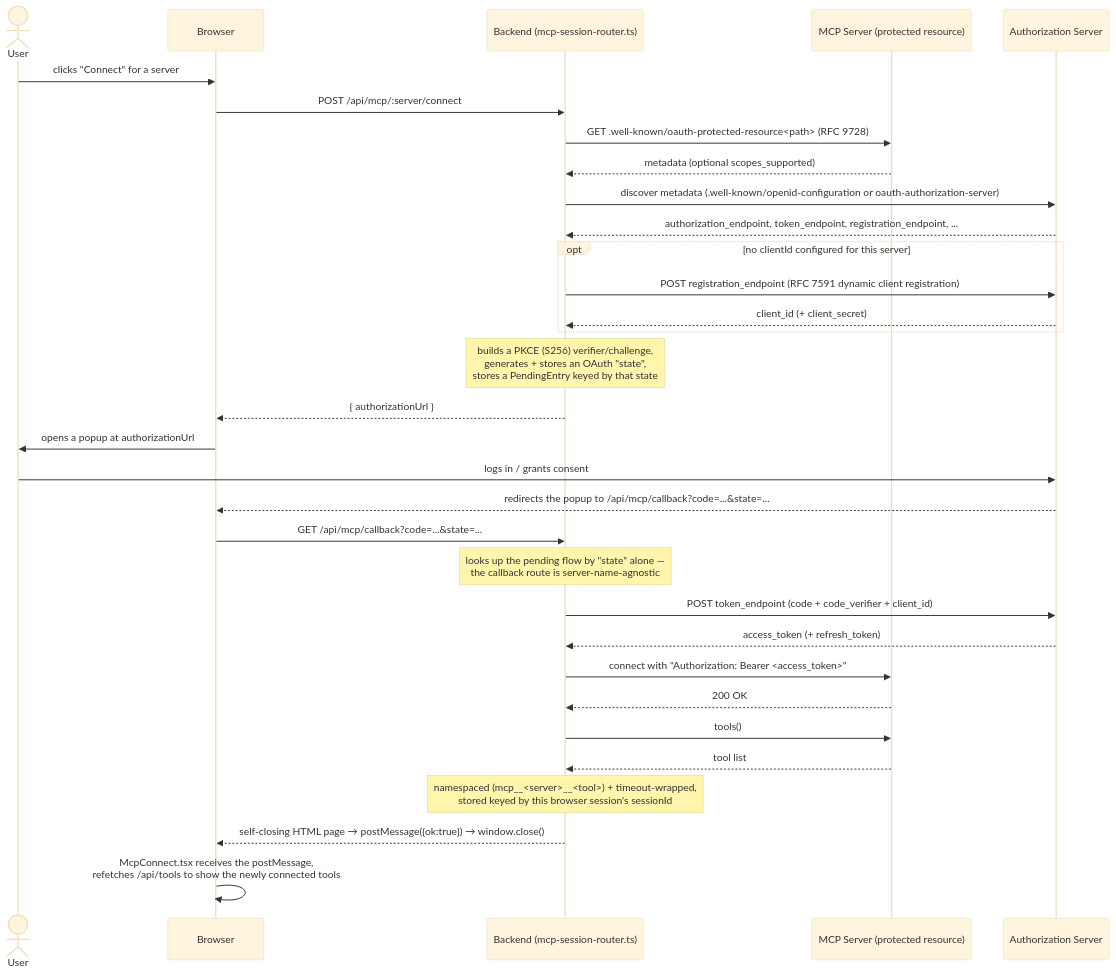
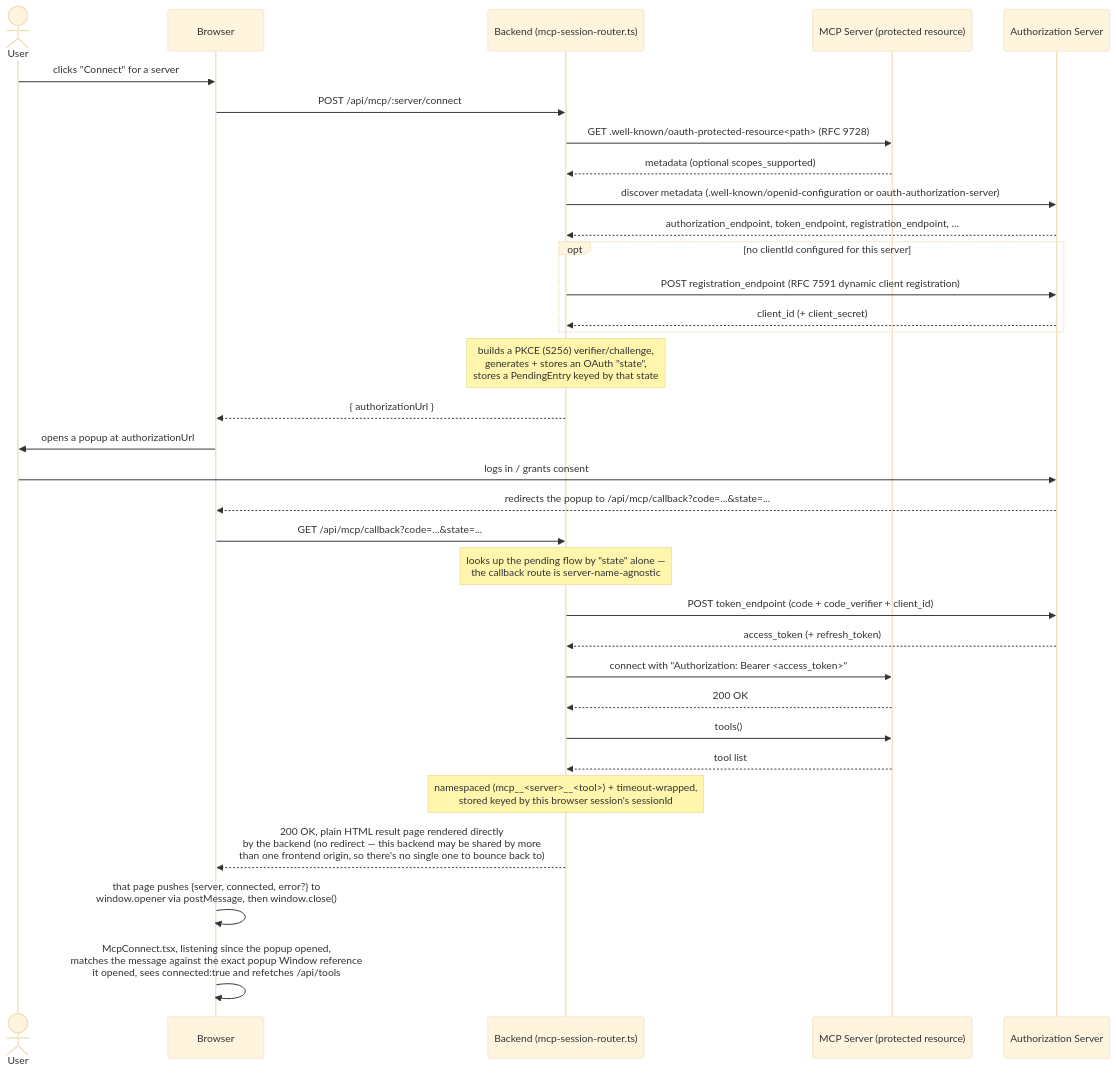
One commit to CesiumGS/cesiumjs-ai-starter-app changed the second of 3 diagrams in packages/mcp-tools/README.md. Above: the diagram before and after it, drawn with Mermaid (base theme). The commit also changed other lines of this file and 49 other files, not shown here.

````diff
--- a/packages/mcp-tools/README.md
+++ b/packages/mcp-tools/README.md
@@ -185,35 +184,36 @@
 ```mermaid
 sequenceDiagram
     actor User
     participant Browser
     participant Backend as Backend (mcp-session-router.ts)
     participant MCP as MCP Server (protected resource)
     participant AuthServer as Authorization Server
 
     User->>Browser: clicks "Connect" for a server
     Browser->>Backend: POST /api/mcp/:server/connect
     Backend->>MCP: GET .well-known/oauth-protected-resource<path> (RFC 9728)
     MCP-->>Backend: metadata (optional scopes_supported)
     Backend->>AuthServer: discover metadata (.well-known/openid-configuration or oauth-authorization-server)
     AuthServer-->>Backend: authorization_endpoint, token_endpoint, registration_endpoint, ...
     opt no clientId configured for this server
         Backend->>AuthServer: POST registration_endpoint (RFC 7591 dynamic client registration)
         AuthServer-->>Backend: client_id (+ client_secret)
     end
     Note over Backend: builds a PKCE (S256) verifier/challenge,<br/>generates + stores an OAuth "state",<br/>stores a PendingEntry keyed by that state
     Backend-->>Browser: { authorizationUrl }
     Browser->>User: opens a popup at authorizationUrl
     User->>AuthServer: logs in / grants consent
     AuthServer-->>Browser: redirects the popup to /api/mcp/callback?code=...&state=...
     Browser->>Backend: GET /api/mcp/callback?code=...&state=...
     Note over Backend: looks up the pending flow by "state" alone —<br/>the callback route is server-name-agnostic
     Backend->>AuthServer: POST token_endpoint (code + code_verifier + client_id)
     AuthServer-->>Backend: access_token (+ refresh_token)
     Backend->>MCP: connect with "Authorization: Bearer <access_token>"
     MCP-->>Backend: 200 OK
     Backend->>MCP: tools()
     MCP-->>Backend: tool list
     Note over Backend: namespaced (mcp__<server>__<tool>) + timeout-wrapped,<br/>stored keyed by this browser session's sessionId
-    Backend-->>Browser: self-closing HTML page → postMessage({ok:true}) → window.close()
-    Browser->>Browser: McpConnect.tsx receives the postMessage,<br/>refetches /api/tools to show the newly connected tools
+    Backend-->>Browser: 200 OK, plain HTML result page rendered directly<br/>by the backend (no redirect — this backend may be shared by more<br/>than one frontend origin, so there's no single one to bounce back to)
+    Browser->>Browser: that page pushes {server, connected, error?} to<br/>window.opener via postMessage, then window.close()
+    Browser->>Browser: McpConnect.tsx, listening since the popup opened,<br/>matches the message against the exact popup Window reference<br/>it opened, sees connected:true and refetches /api/tools
 ```
````
